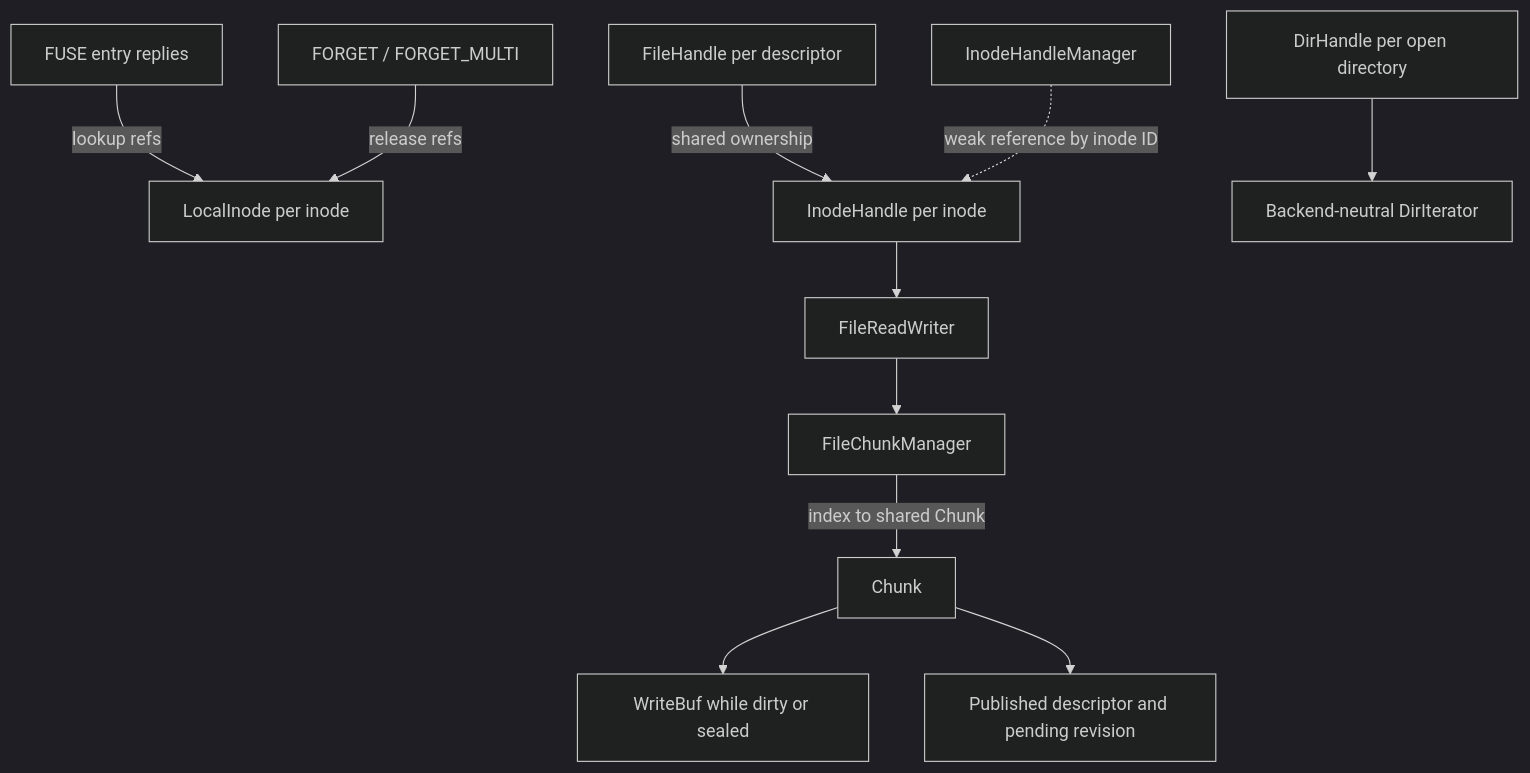
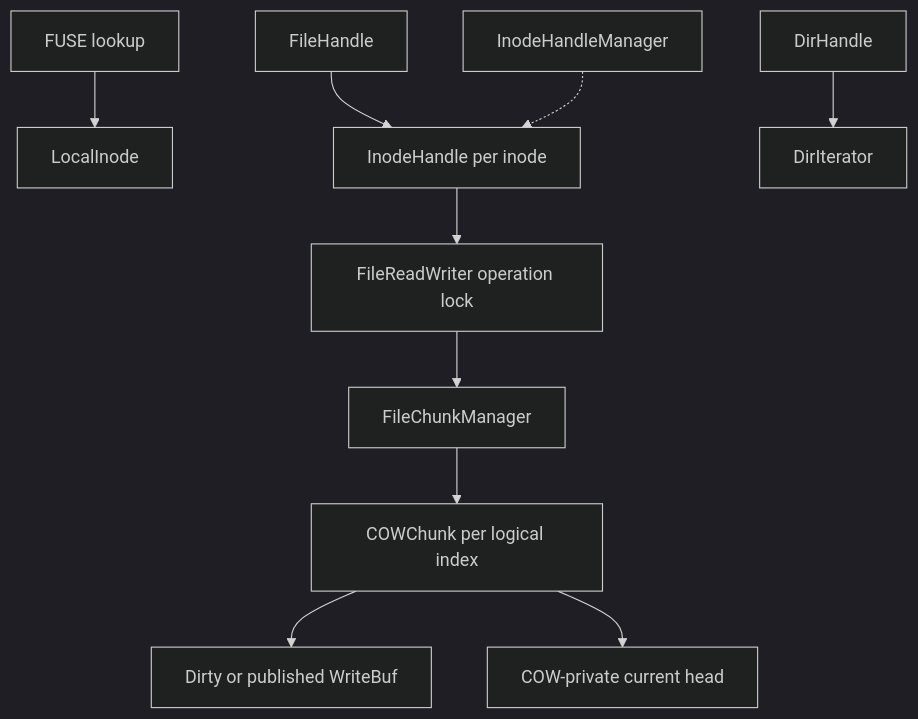
The second of 2 diagrams in docs/design/data-structures.md (SwordInfra/SwordFS), drawn with Mermaid (dark theme) before and after one commit. The commit also changed other lines of this file and 56 other files, not shown here.

First line of the commit message:
refactor: finalize typed ChunkID references and retire legacy COW descriptors (#320)

````diff
--- a/docs/design/data-structures.md
+++ b/docs/design/data-structures.md
@@ -78,13 +48,12 @@
 ```mermaid
 flowchart TD
-    E[FUSE entry replies] -->|lookup refs| L[LocalInode per inode]
-    G[FORGET / FORGET_MULTI] -->|release refs| L
-    F[FileHandle per descriptor] -->|shared ownership| I[InodeHandle per inode]
-    M[InodeHandleManager] -.->|weak reference by inode ID| I
-    I --> R[FileReadWriter]
+    E[FUSE lookup] --> L[LocalInode]
+    F[FileHandle] --> I[InodeHandle per inode]
+    I --> R[FileReadWriter operation lock]
     R --> C[FileChunkManager]
-    C -->|index to shared Chunk| K[Chunk]
-    K --> W[WriteBuf while dirty or sealed]
-    K --> P[Published descriptor and pending revision]
-    D[DirHandle per open directory] --> T[Backend-neutral DirIterator]
+    C --> K[COWChunk per logical index]
+    K --> W[Dirty or published WriteBuf]
+    K --> H[COW-private current head]
+    M[InodeHandleManager] -.-> I
+    D[DirHandle] --> T[DirIterator]
 ```
````
